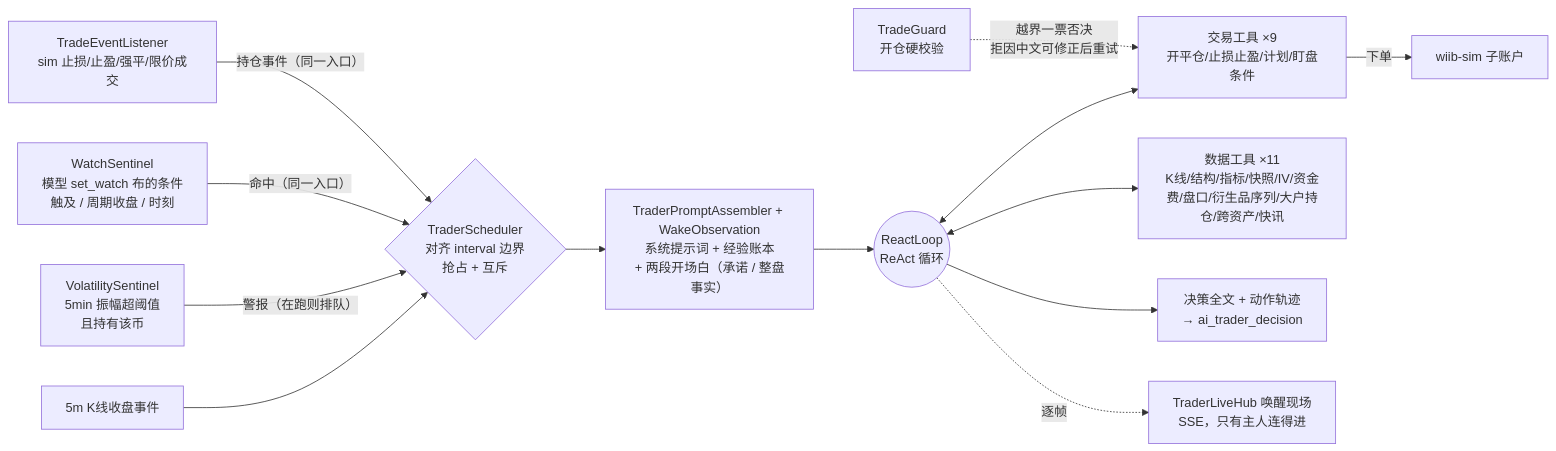
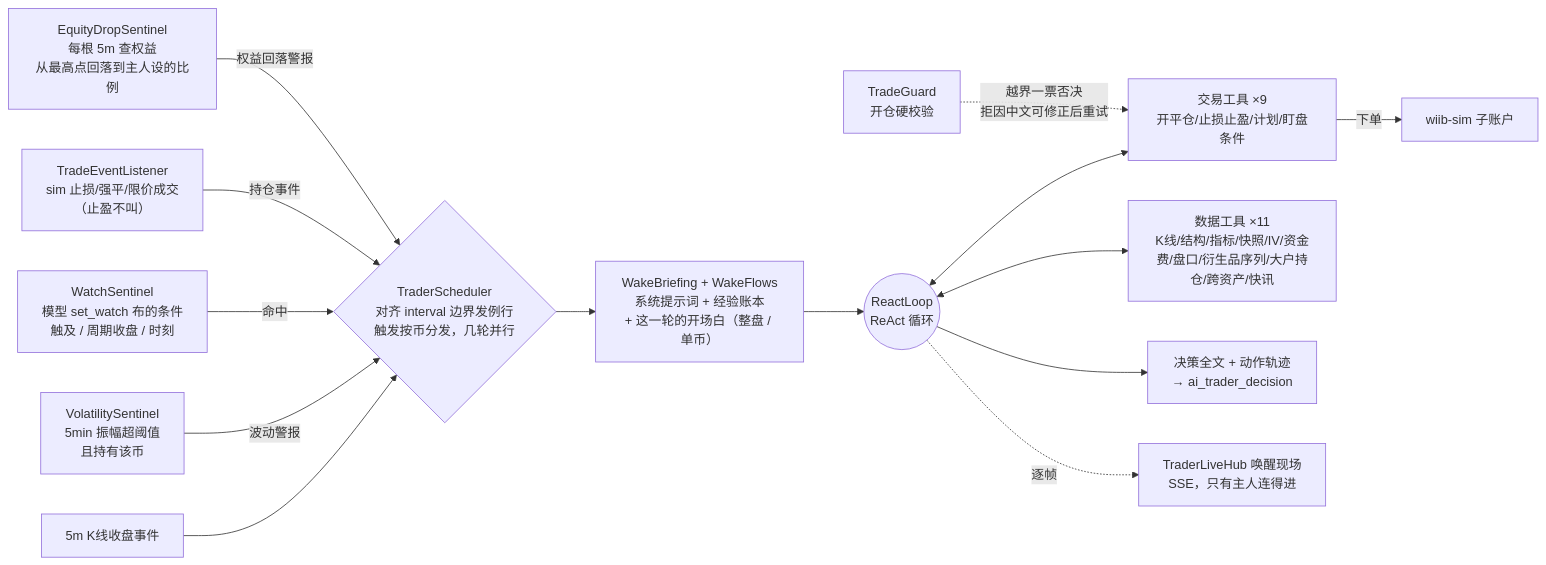
Before and after one commit to mamawai/wtfibought: the second of 6 diagrams in docs/agent-harness/architecture.md, drawn with Mermaid. The commit also changed other lines of this file and 85 other files, not shown here.

````diff
--- a/docs/agent-harness/architecture.md
+++ b/docs/agent-harness/architecture.md
@@ -56,15 +58,16 @@
 ```mermaid
 flowchart LR
-    CLK["5m K线收盘事件"] --> SCH{"TraderScheduler<br/>对齐 interval 边界<br/>抢占 + 互斥"}
-    SEN["VolatilitySentinel<br/>5min 振幅超阈值<br/>且持有该币"] -->|"警报（在跑则排队）"| SCH
-    WAT["WatchSentinel<br/>模型 set_watch 布的条件<br/>触及 / 周期收盘 / 时刻"] -->|"命中（同一入口）"| SCH
-    EVT["TradeEventListener<br/>sim 止损/止盈/强平/限价成交"] -->|"持仓事件（同一入口）"| SCH
-    SCH --> PA["TraderPromptAssembler + WakeObservation<br/>系统提示词 + 经验账本<br/>+ 两段开场白（承诺 / 整盘事实）"]
+    CLK["5m K线收盘事件"] --> SCH{"TraderScheduler<br/>对齐 interval 边界发例行<br/>触发按币分发，几轮并行"}
+    SEN["VolatilitySentinel<br/>5min 振幅超阈值<br/>且持有该币"] -->|"波动警报"| SCH
+    WAT["WatchSentinel<br/>模型 set_watch 布的条件<br/>触及 / 周期收盘 / 时刻"] -->|"命中"| SCH
+    EVT["TradeEventListener<br/>sim 止损/强平/限价成交<br/>（止盈不叫）"] -->|"持仓事件"| SCH
+    EQ["EquityDropSentinel<br/>每根 5m 查权益<br/>从最高点回落到主人设的比例"] -->|"权益回落警报"| SCH
+    SCH --> PA["WakeBriefing + WakeFlows<br/>系统提示词 + 经验账本<br/>+ 这一轮的开场白（整盘 / 单币）"]
     PA --> RA(("ReactLoop<br/>ReAct 循环"))
     RA <--> T1["交易工具 ×9<br/>开平仓/止损止盈/计划/盯盘条件"]
     RA <--> T2["数据工具 ×11<br/>K线/结构/指标/快照/IV/资金费/盘口/衍生品序列/大户持仓/跨资产/快讯"]
     RA --> OUT["决策全文 + 动作轨迹<br/>→ ai_trader_decision"]
     RA -.->|"逐帧"| HUB["TraderLiveHub 唤醒现场<br/>SSE，只有主人连得进"]
     GUARD["TradeGuard<br/>开仓硬校验"] -.->|"越界一票否决<br/>拒因中文可修正后重试"| T1
     T1 -->|"下单"| SIMX["wiib-sim 子账户"]
 ```
````
